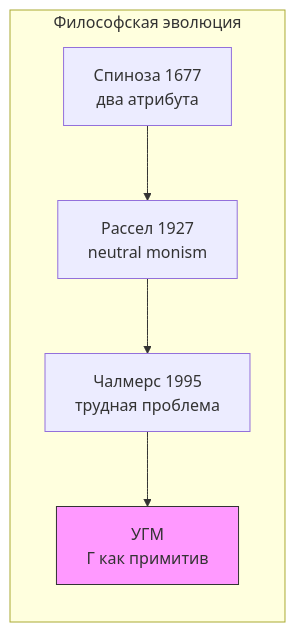
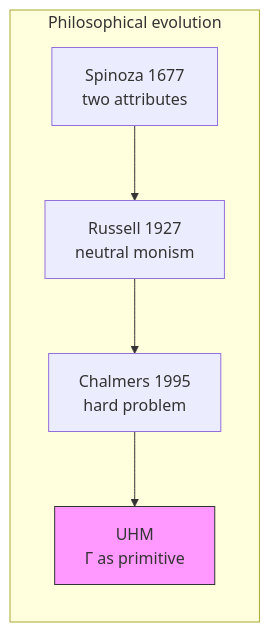
The first of 3 diagrams in website/docs/consciousness/foundations/two-aspect-monism.md (gst-st/uhm), drawn with Mermaid before and after one commit. The commit also changed other lines of this file and 79 other files, not shown here.

````diff
--- a/website/docs/consciousness/foundations/two-aspect-monism.md
+++ b/website/docs/consciousness/foundations/two-aspect-monism.md
@@ -88,9 +88,9 @@
 ```mermaid
 graph LR
-    subgraph "Философская эволюция"
-        SP["Спиноза 1677<br/>два атрибута"] --> R["Рассел 1927<br/>neutral monism"]
-        R --> CH["Чалмерс 1995<br/>трудная проблема"]
-        CH --> UGM["УГМ<br/>Γ как примитив"]
+    subgraph "Philosophical evolution"
+        SP["Spinoza 1677<br/>two attributes"] --> R["Russell 1927<br/>neutral monism"]
+        R --> CH["Chalmers 1995<br/>hard problem"]
+        CH --> UGM["UHM<br/>Γ as primitive"]
     end
     style UGM fill:#f9f,stroke:#333
 ```
````
